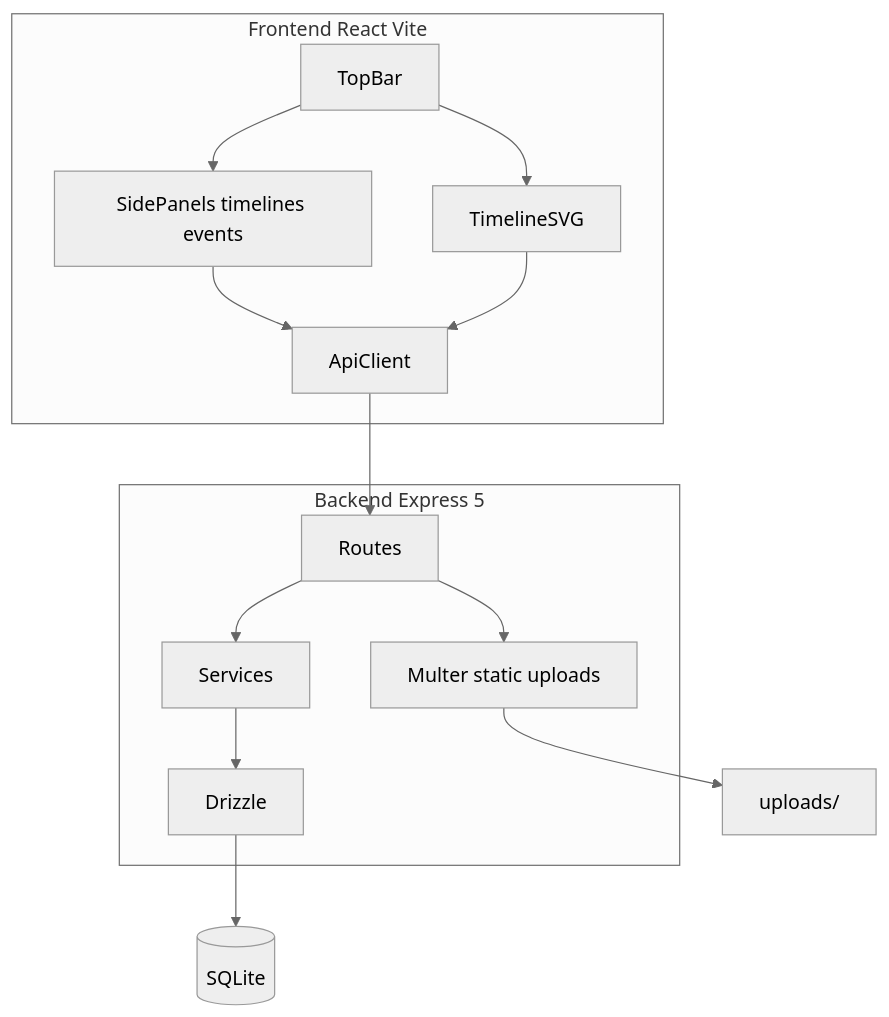
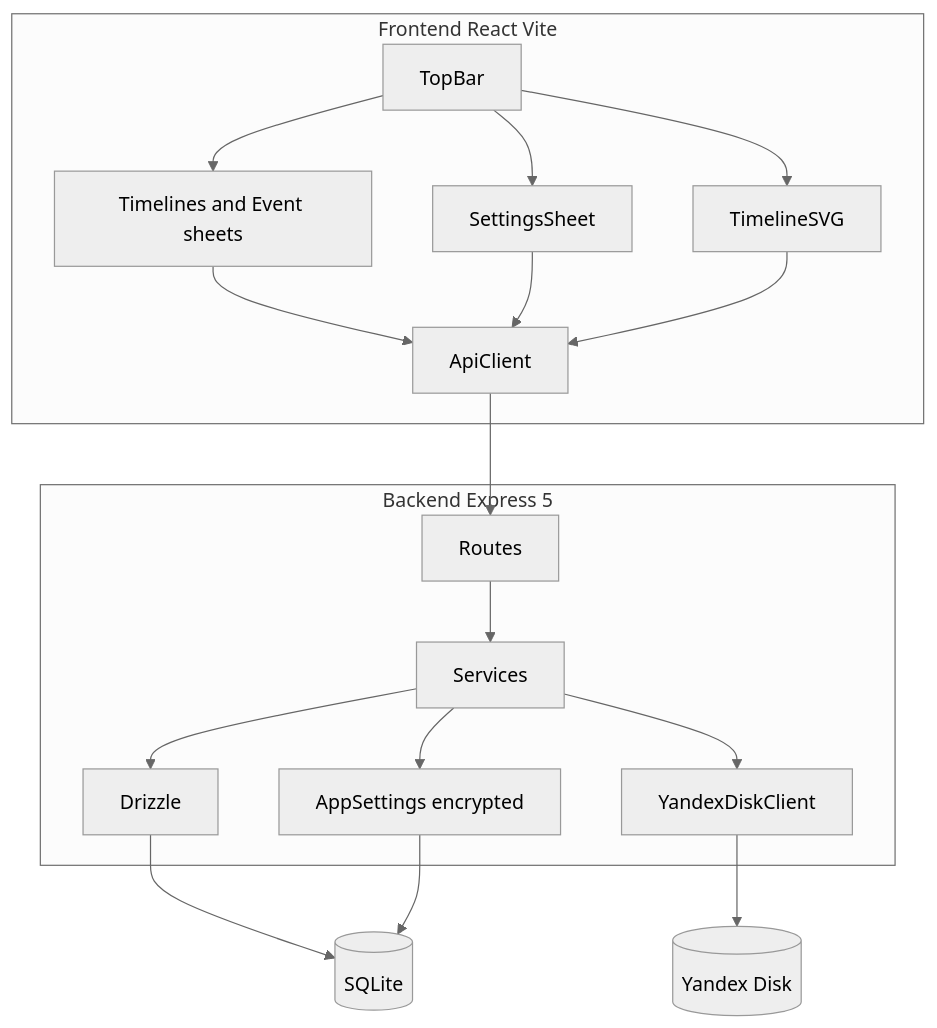
The first of 3 diagrams in .cursor/plans/timeline_mvp_build_941c1233.plan.md (EvgZhar/Timeline_01), drawn with Mermaid (neutral theme) before and after one commit. The commit also changed other lines of this file, not shown here.

Commit message:
Specified date format and storage = Yandex Disk

````diff
--- a/.cursor/plans/timeline_mvp_build_941c1233.plan.md
+++ b/.cursor/plans/timeline_mvp_build_941c1233.plan.md
@@ -50,20 +82,25 @@
 ```mermaid
 flowchart TB
   subgraph client [Frontend React Vite]
     TopBar[TopBar]
     TimelinePanel[TimelineSVG]
-    SidePanels[SidePanels timelines events]
+    SidePanels[Timelines and Event sheets]
+    SettingsUI[SettingsSheet]
     TopBar --> SidePanels
+    TopBar --> SettingsUI
     TopBar --> TimelinePanel
     SidePanels --> ApiClient
+    SettingsUI --> ApiClient
     TimelinePanel --> ApiClient
   end
   subgraph server [Backend Express 5]
     ApiClient --> Routes
     Routes --> Services
     Services --> Drizzle
-    Routes --> Upload[Multer static uploads]
+    Services --> YandexClient[YandexDiskClient]
+    Services --> SettingsStore[AppSettings encrypted]
   end
   Drizzle --> SQLite[(SQLite)]
-  Upload --> Disk[uploads/]
+  SettingsStore --> SQLite
+  YandexClient --> YandexDisk[(Yandex Disk)]
 ```
````
